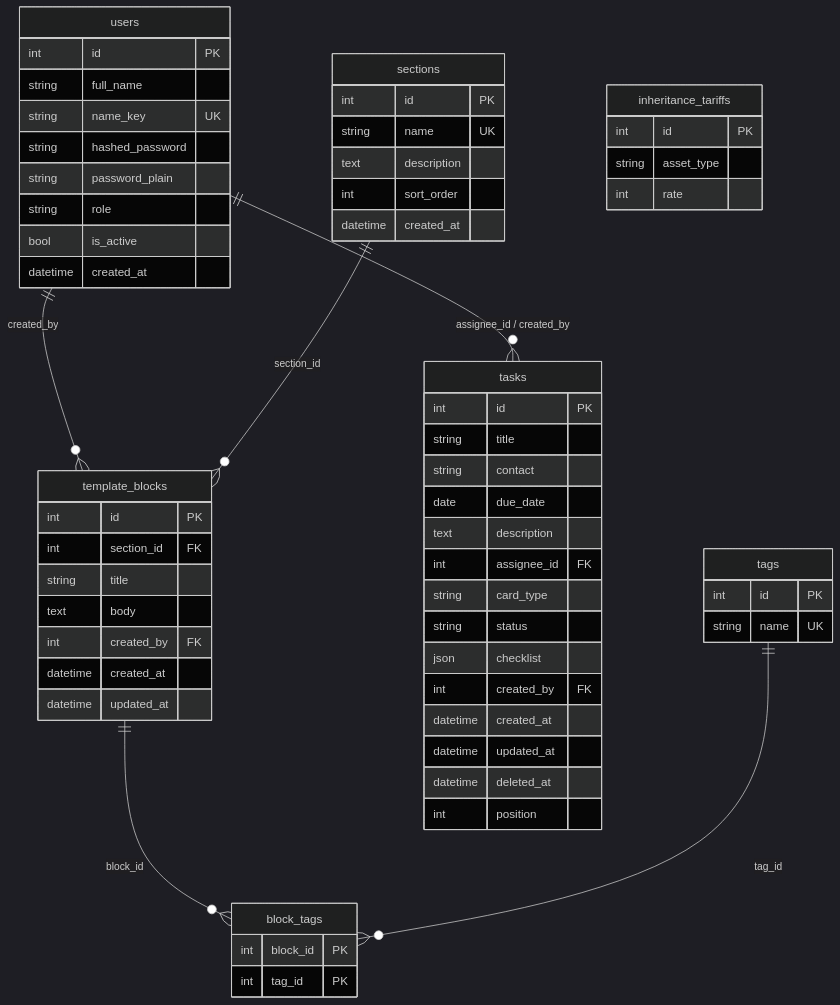
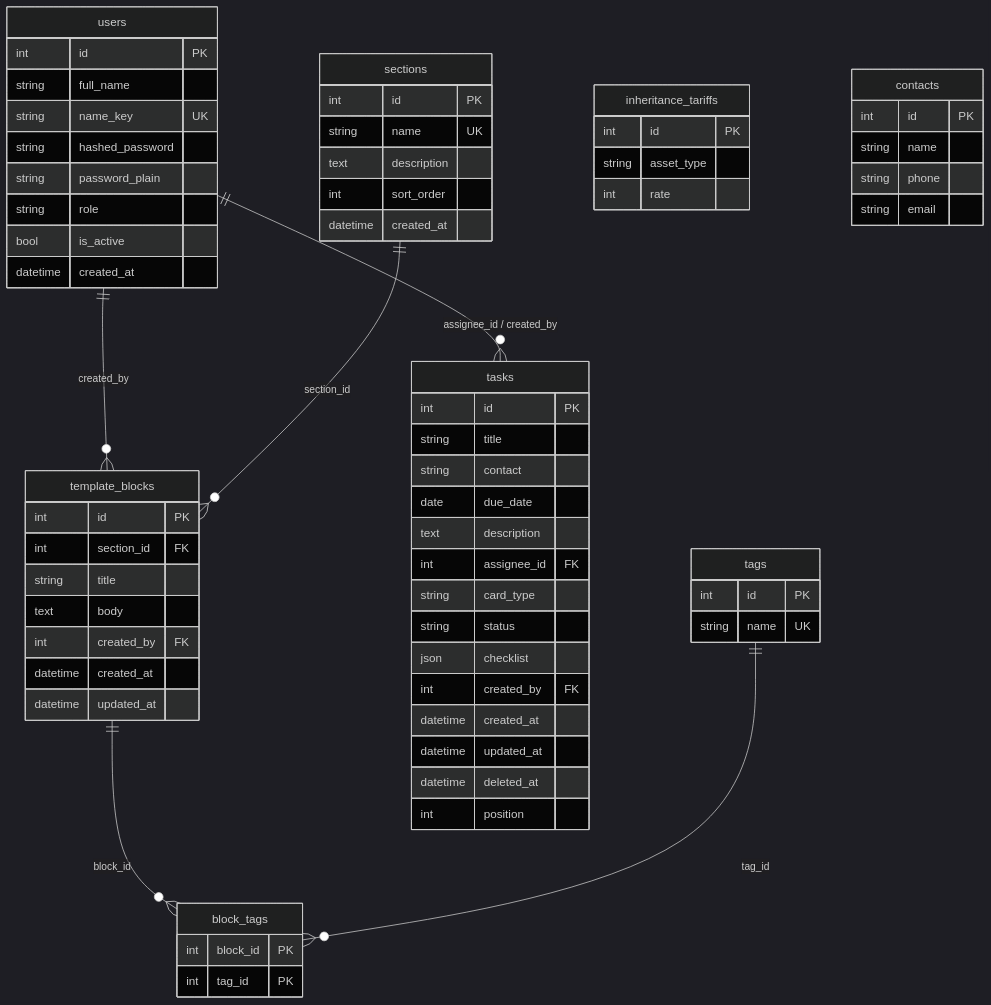
The second of 2 diagrams in PROJECT_MAP.md (serginyakow-rgb/Portal), drawn with Mermaid (dark theme) before and after one commit. The commit also changed other lines of this file and 2 other files, not shown here.

````diff
--- a/PROJECT_MAP.md
+++ b/PROJECT_MAP.md
@@ -855,70 +899,77 @@
 ```mermaid
 erDiagram
     users ||--o{ template_blocks : "created_by"
     users ||--o{ tasks : "assignee_id / created_by"
     sections ||--o{ template_blocks : "section_id"
     template_blocks ||--o{ block_tags : "block_id"
     tags ||--o{ block_tags : "tag_id"
 
     users {
         int id PK
         string full_name
         string name_key UK
         string hashed_password
         string password_plain
         string role
         bool is_active
         datetime created_at
     }
 
     sections {
         int id PK
         string name UK
         text description
         int sort_order
         datetime created_at
     }
 
     template_blocks {
         int id PK
         int section_id FK
         string title
         text body
         int created_by FK
         datetime created_at
         datetime updated_at
     }
 
     tags {
         int id PK
         string name UK
     }
 
     block_tags {
         int block_id PK
         int tag_id PK
     }
 
     inheritance_tariffs {
         int id PK
         string asset_type
         int rate
     }
 
     tasks {
         int id PK
         string title
         string contact
         date due_date
         text description
         int assignee_id FK
         string card_type
         string status
         json checklist
         int created_by FK
         datetime created_at
         datetime updated_at
         datetime deleted_at
         int position
     }
+
+    contacts {
+        int id PK
+        string name
+        string phone
+        string email
+    }
 ```
````
